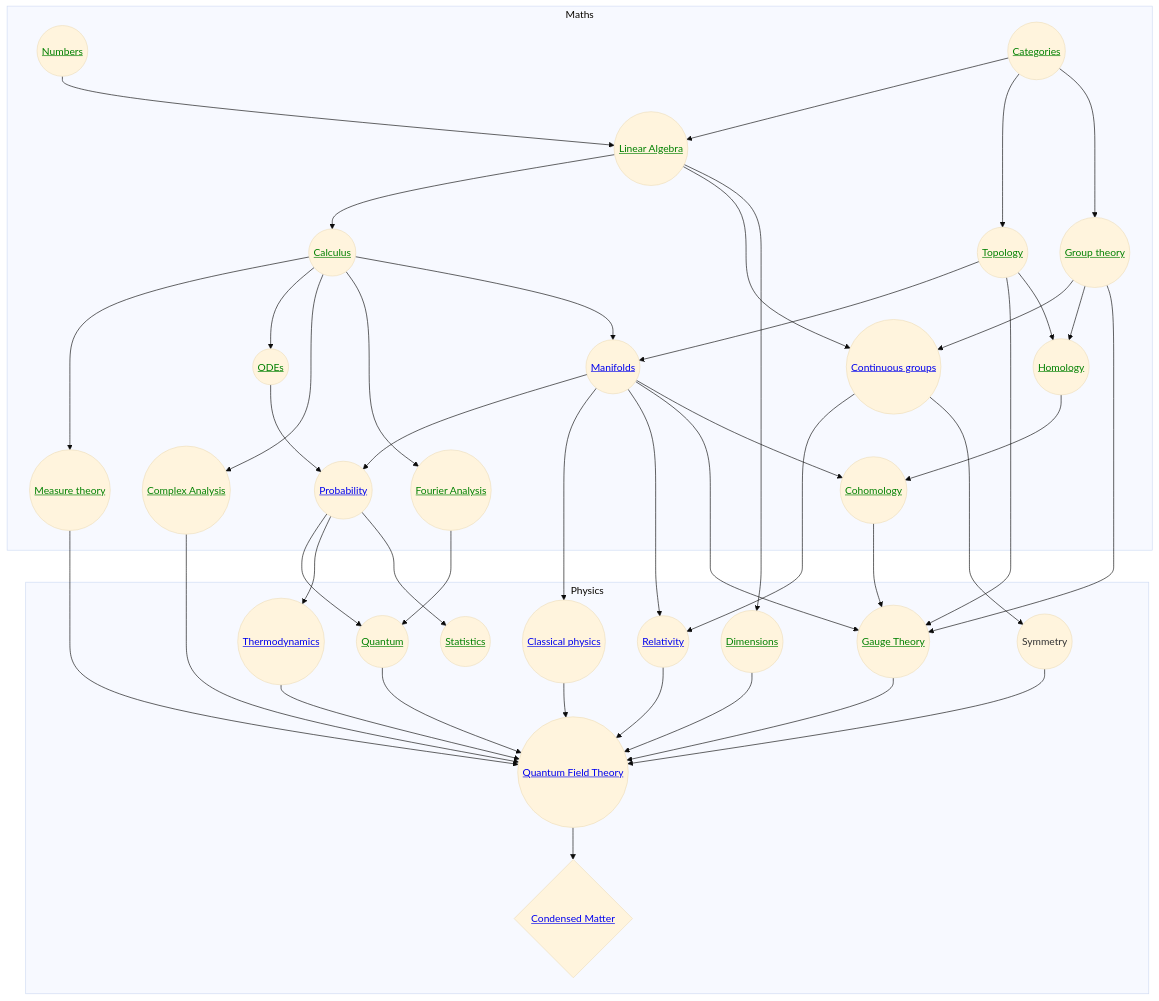
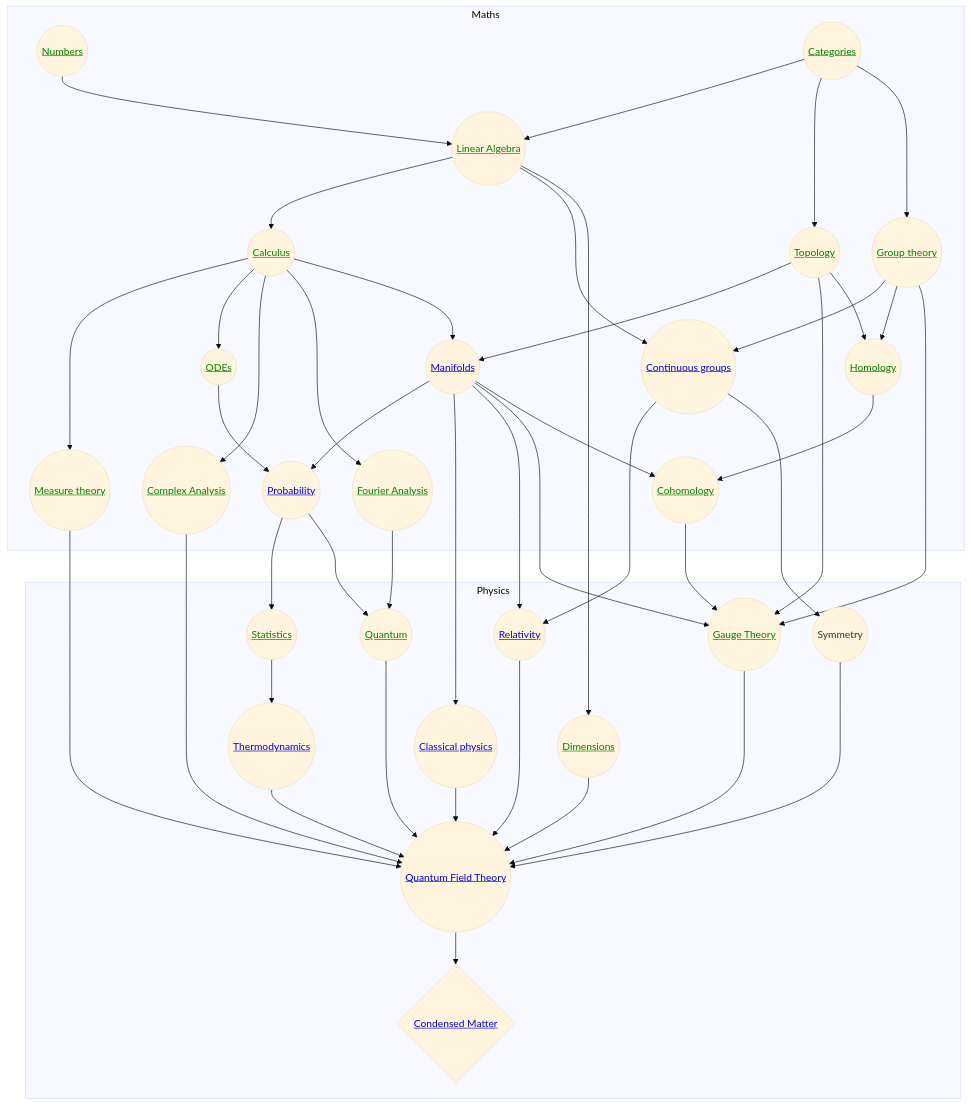
Before and after one commit to reubenharry/physics: the diagram in docs/index.md, drawn with Mermaid (base theme). The commit also changed 19 other files, not shown here.

````diff
--- a/docs/index.md
+++ b/docs/index.md
@@ -3,66 +3,67 @@
 ```mermaid
 graph TB
     subgraph Maths
     N((<a href='/maths/sets' style=color:green >  Numbers </a>)) --> LA
     
     LA((<a href='/maths/linearalgebra' style=color:green >Linear Algebra </a>))
     FA((<a href='/maths/fourier' style=color:green >Fourier Analysis </a>))
     LA --> C((<a href='/maths/calculus' style=color:green > Calculus </a>))
     DE((<a href='/maths/diffeq' style=color:green > ODEs </a>))
     LA --> RT((<a href='/maths/representations'>Continuous groups</a>))
     DG((<a href='/maths/differential_geometry'>Manifolds</a>))
     MT((<a href='/maths/measuretheory' style=color:green >Measure theory </a>))
     GT((<a href='/maths/groups' style=color:green >Group theory </a>)) --> RT
     CT((<a href='/maths/categories' style=color:green >Categories</a>)) --> LA
     CA((<a href='/maths/complexanalysis' style=color:green >Complex Analysis</a>))
     DG --> P((<a href='/maths/probability'>Probability</a>))
     TP((<a href='/maths/topology' style=color:green >Topology</a>))
     HM((<a href='/maths/homology' style=color:green >Homology</a>))
     CHM((<a href='/maths/cohomology' style=color:green >Cohomology</a>))
     TP --> DG
     HM --> CHM
     C --> MT
     C --> DE
     DE --> P
     
 
     end
 
     subgraph Physics
     GAT((<a href='/physics/gaugetheory' style=color:green >Gauge Theory</a>)) --> QFT
     Q((<a href='/physics/quantum' style=color:green >Quantum</a>))
     MT --> QFT
     DG --> D
     LA --> DIM((<a href='/physics/dimensions' style=color:green >Dimensions </a>))
     DIM --> QFT
     DG --> GR((<a href='/physics/relativity'>Relativity </a>))
     GR --> QFT((<a href='/physics/qft'>Quantum Field Theory</a>))
     D((<a href='/physics/classical'>Classical physics</a>))
     TM((<a href='/physics/statisticalphysics'>Thermodynamics</a>)) --> QFT
     Sym((Symmetry)) --> QFT
     Stats((<a href='/physics/statistics' style=color:green >Statistics</a>))
     QFT --> CMT{<a href='/physics/condensedmatter'>Condensed Matter</a>}
     end
     D --> QFT
     GT --> HM
     GT --> GAT
     TP --> GAT
     TP --> HM
     DG --> GAT
     DG --> CHM
     CT --> TP
     RT --> GR
     RT ---> Sym
     Q --> QFT
     FA --> Q
     CT --> GT
     C --> CA
     CA --> QFT
     C --> FA
     C --> DG
-    P --> Q
-    P --> TM
+    
+    Stats --> TM
     CHM --> GAT
     MT
     P --> Stats
+    P --> Q
 ```
````
